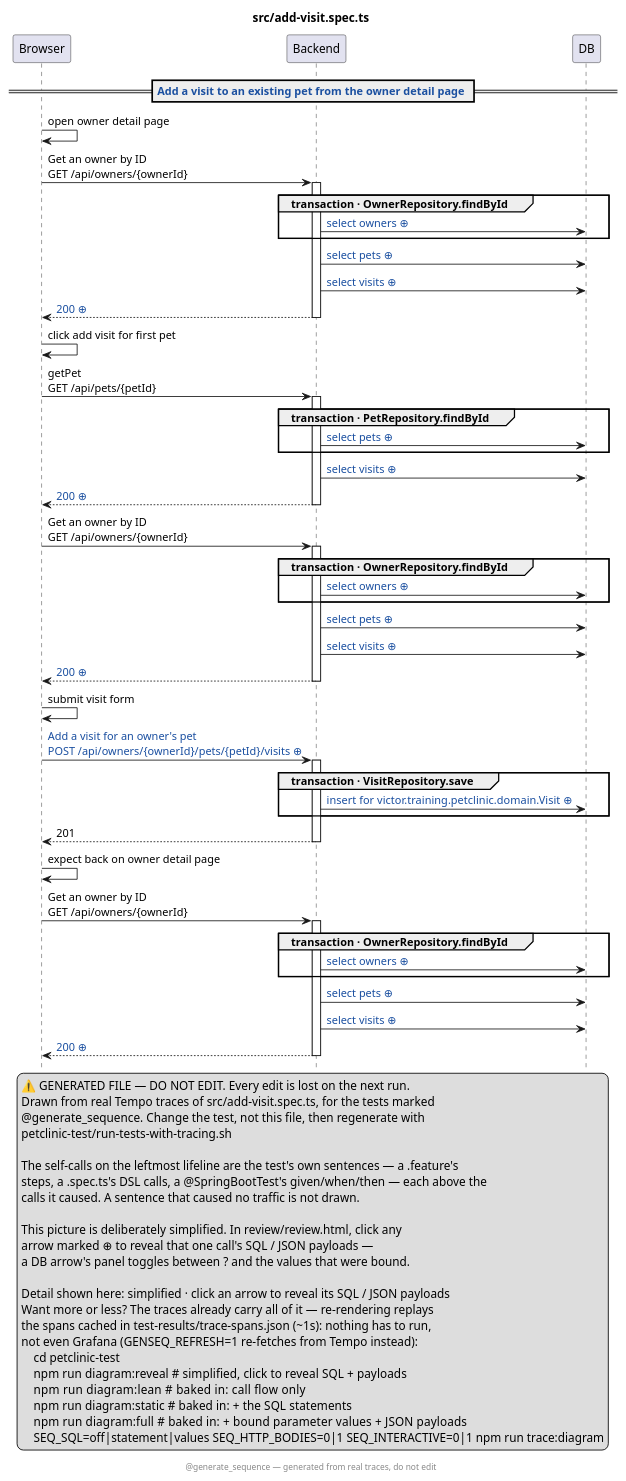
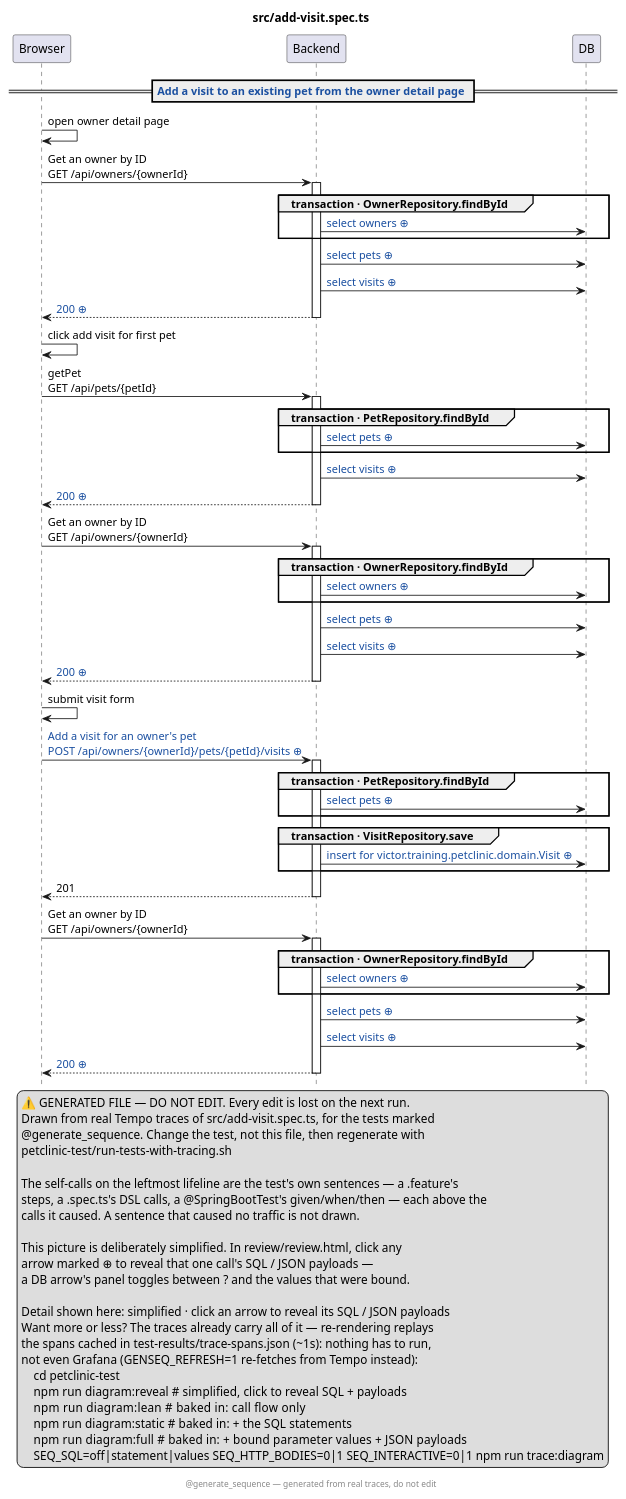
The diagram in petclinic-test/src/add-visit.spec.ts.genseq.puml (victorrentea/petclinic), drawn with PlantUML before and after one commit. The commit also changed 5 other files, not shown here.

```diff
--- a/petclinic-test/src/add-visit.spec.ts.genseq.puml
+++ b/petclinic-test/src/add-visit.spec.ts.genseq.puml
@@ -1,83 +1,85 @@
 @startuml
 ' ⚠️  GENERATED FILE — DO NOT EDIT. Every edit is lost on the next run.
 hide footbox
 skinparam hyperlinkUnderline false
 skinparam hyperlinkColor #1A4FA0
 title src/add-visit.spec.ts
 legend right
   ⚠️  GENERATED FILE — DO NOT EDIT. Every edit is lost on the next run.
   Drawn from real Tempo traces of src/add-visit.spec.ts, for the tests marked
   @generate_sequence. Change the test, not this file, then regenerate with
   petclinic-test/run-tests-with-tracing.sh
  
   The self-calls on the leftmost lifeline are the test's own sentences — a .feature's
   steps, a .spec.ts's DSL calls, a @SpringBootTest's given/when/then — each above the
   calls it caused. A sentence that caused no traffic is not drawn.
  
   This picture is deliberately simplified. In review/review.html, click any
   arrow marked ⊕ to reveal that one call's SQL / JSON payloads —
   a DB arrow's panel toggles between ? and the values that were bound.
  
   Detail shown here: simplified · click an arrow to reveal its SQL / JSON payloads
   Want more or less? The traces already carry all of it — re-rendering replays
   the spans cached in test-results/trace-spans.json (~1s): nothing has to run,
   not even Grafana (GENSEQ_REFRESH=1 re-fetches from Tempo instead):
       cd petclinic-test
       npm run diagram:reveal  # simplified, click to reveal SQL + payloads
       npm run diagram:lean    # baked in: call flow only
       npm run diagram:static  # baked in: + the SQL statements
       npm run diagram:full    # baked in: + bound parameter values + JSON payloads
       SEQ_SQL=off|statement|values SEQ_HTTP_BODIES=0|1 SEQ_INTERACTIVE=0|1 npm run trace:diagram
 end legend
 footer @generate_sequence — generated from real traces, do not edit
 participant Browser
 participant Backend
 participant DB
 == [[genseq-scenario://31{Open the test at this scenario} Add a visit to an existing pet from the owner detail page]] ==
 Browser -> Browser: open owner detail page
 Browser -> Backend: Get an owner by ID\nGET /api/owners/{ownerId}
 activate Backend
 group transaction · OwnerRepository.findById
 Backend -> DB: [[genseq://0totfe9{Click for the statement behind this call} select owners ⊕]]
 end
 Backend -> DB: [[genseq://1hjadar{Click for the statement behind this call} select pets ⊕]]
 Backend -> DB: [[genseq://1cdku0l{Click for the statement behind this call} select visits ⊕]]
-Backend --> Browser: [[genseq://0nrwmu9{Click for this call’s JSON body} 200 ⊕]]
+Backend --> Browser: [[genseq://1uwtei0{Click for this call’s JSON body} 200 ⊕]]
 deactivate Backend
 Browser -> Browser: click add visit for first pet
 Browser -> Backend: getPet\nGET /api/pets/{petId}
 activate Backend
 group transaction · PetRepository.findById
 Backend -> DB: [[genseq://0jw0huv{Click for the statement behind this call} select pets ⊕]]
 end
 Backend -> DB: [[genseq://1cdku0l{Click for the statement behind this call} select visits ⊕]]
-Backend --> Browser: [[genseq://0jxn8v7{Click for this call’s JSON body} 200 ⊕]]
+Backend --> Browser: [[genseq://0helfwq{Click for this call’s JSON body} 200 ⊕]]
 deactivate Backend
 Browser -> Backend: Get an owner by ID\nGET /api/owners/{ownerId}
 activate Backend
 group transaction · OwnerRepository.findById
 Backend -> DB: [[genseq://0totfe9{Click for the statement behind this call} select owners ⊕]]
 end
 Backend -> DB: [[genseq://1hjadar{Click for the statement behind this call} select pets ⊕]]
 Backend -> DB: [[genseq://1cdku0l{Click for the statement behind this call} select visits ⊕]]
-Backend --> Browser: [[genseq://1f64knf{Click for this call’s JSON body} 200 ⊕]]
+Backend --> Browser: [[genseq://0hh8kz8{Click for this call’s JSON body} 200 ⊕]]
 deactivate Backend
 Browser -> Browser: submit visit form
-Browser -> Backend: [[genseq://08lhats{Click for this call’s JSON body} Add a visit for an owner's pet\nPOST /api/owners/{ownerId}/pets/{petId}/visits ⊕]]
+Browser -> Backend: [[genseq://169fsjy{Click for this call’s JSON body} Add a visit for an owner's pet\nPOST /api/owners/{ownerId}/pets/{petId}/visits ⊕]]
 activate Backend
+group transaction · PetRepository.findById
+Backend -> DB: [[genseq://0jw0huv{Click for the statement behind this call} select pets ⊕]]
+end
 group transaction · VisitRepository.save
-Backend -> DB: [[genseq://0k674tq{Click for the statement behind this call} insert for victor.training.petclinic.domain.Visit ⊕]]
+Backend -> DB: [[genseq://0yhyxsr{Click for the statement behind this call} insert for victor.training.petclinic.domain.Visit ⊕]]
 end
 Backend --> Browser: 201
 deactivate Backend
-Browser -> Browser: expect back on owner detail page
 Browser -> Backend: Get an owner by ID\nGET /api/owners/{ownerId}
 activate Backend
 group transaction · OwnerRepository.findById
 Backend -> DB: [[genseq://0totfe9{Click for the statement behind this call} select owners ⊕]]
 end
 Backend -> DB: [[genseq://1hjadar{Click for the statement behind this call} select pets ⊕]]
 Backend -> DB: [[genseq://1cdku0l{Click for the statement behind this call} select visits ⊕]]
-Backend --> Browser: [[genseq://1hv9gzm{Click for this call’s JSON body} 200 ⊕]]
+Backend --> Browser: [[genseq://068syfz{Click for this call’s JSON body} 200 ⊕]]
 deactivate Backend
 @enduml
```
